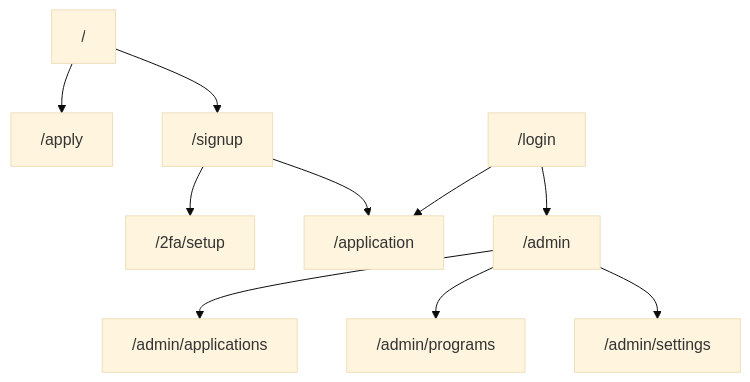
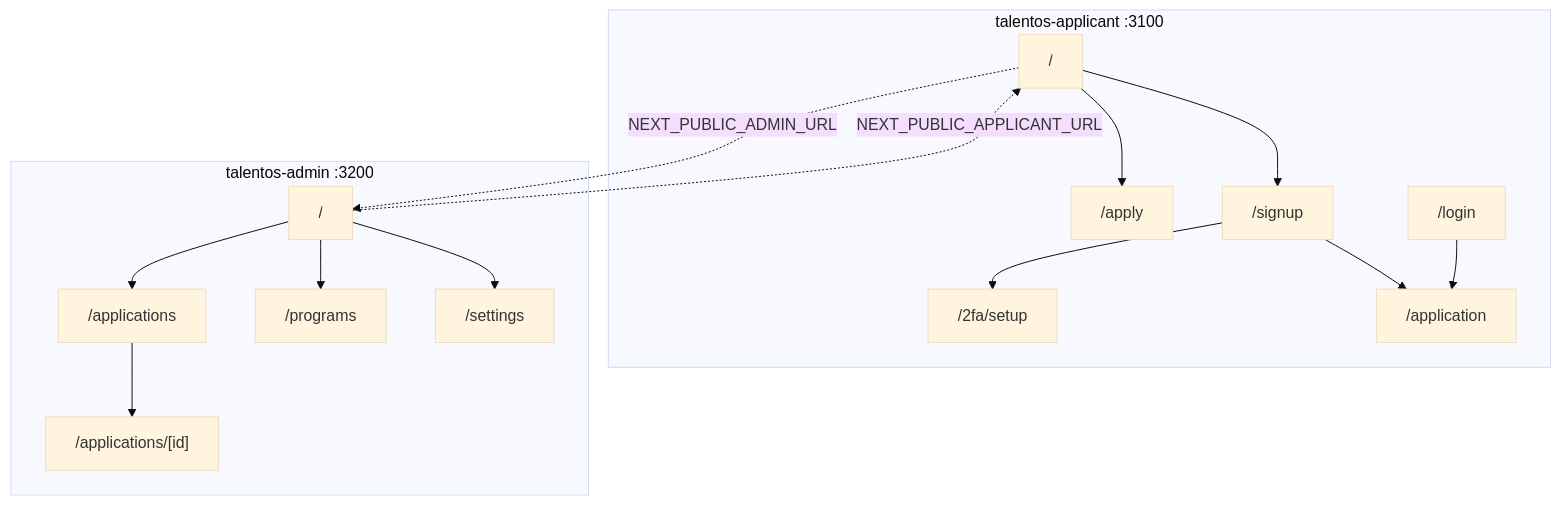
One commit to karimjindani/talentOS changed the third of 3 diagrams in docs/Architecture.md. Above: the diagram before and after it, drawn with Mermaid (base theme). The commit also changed other lines of this file and 70 other files, not shown here.

````diff
--- a/docs/Architecture.md
+++ b/docs/Architecture.md
@@ -63,12 +79,18 @@
 ```mermaid
 flowchart TD
-    Landing["/"] --> Apply["/apply"]
-    Landing --> Signup["/signup"]
-    Signup --> TwoFA["/2fa/setup"]
-    Signup --> Application["/application"]
-    Login["/login"] --> Application
-    Login --> Admin["/admin"]
-    Admin --> Applications["/admin/applications"]
-    Admin --> Programs["/admin/programs"]
-    Admin --> Settings["/admin/settings"]
+    subgraph Applicant["talentos-applicant :3100"]
+      Landing["/"] --> Apply["/apply"]
+      Landing --> Signup["/signup"]
+      Signup --> TwoFA["/2fa/setup"]
+      Signup --> Application["/application"]
+      Login["/login"] --> Application
+    end
+    subgraph AdminC["talentos-admin :3200"]
+      AdminHome["/"] --> Applications["/applications"]
+      Applications --> Detail["/applications/[id]"]
+      AdminHome --> Programs["/programs"]
+      AdminHome --> Settings["/settings"]
+    end
+    Landing -. NEXT_PUBLIC_ADMIN_URL .-> AdminHome
+    AdminHome -. NEXT_PUBLIC_APPLICANT_URL .-> Landing
 ```
````
